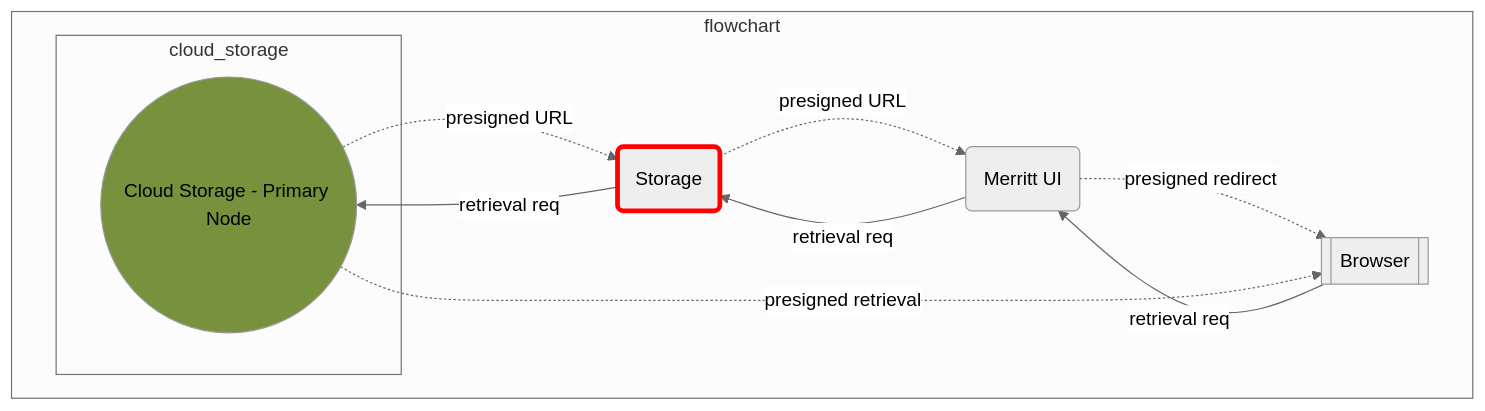
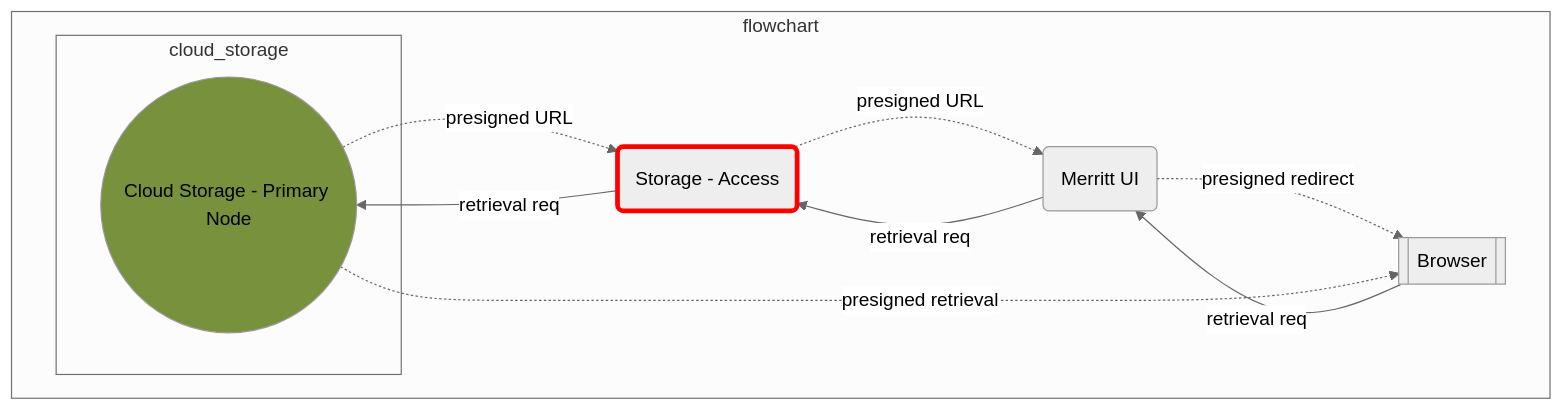
The diagram in diagrams/store-file.mmd (CDLUC3/mrt-doc), drawn with Mermaid before and after one commit. The commit also changed 5 other files, not shown here.

```diff
--- a/diagrams/store-file.mmd
+++ b/diagrams/store-file.mmd
@@ -1,22 +1,22 @@
 %%{init: {'theme': 'neutral'}}%%
 graph TD
   UI("Merritt UI")
-  ST(Storage)
+  ST(Storage - Access)
   BROWSER[[Browser]]
 
   subgraph flowchart
 
     subgraph cloud_storage
       CLOUD(("Cloud Storage - Primary Node"))
     end
 
     BROWSER --> |retrieval req| UI
     UI -.-> |presigned redirect| BROWSER
     UI --> |retrieval req| ST
     ST --> |retrieval req| CLOUD
     CLOUD -.-> |presigned URL| ST
     ST -.-> |presigned URL| UI
     CLOUD -.-> |presigned retrieval| BROWSER
   end
   style CLOUD fill:#77913C
   style ST stroke:red,stroke-width:4px
```
